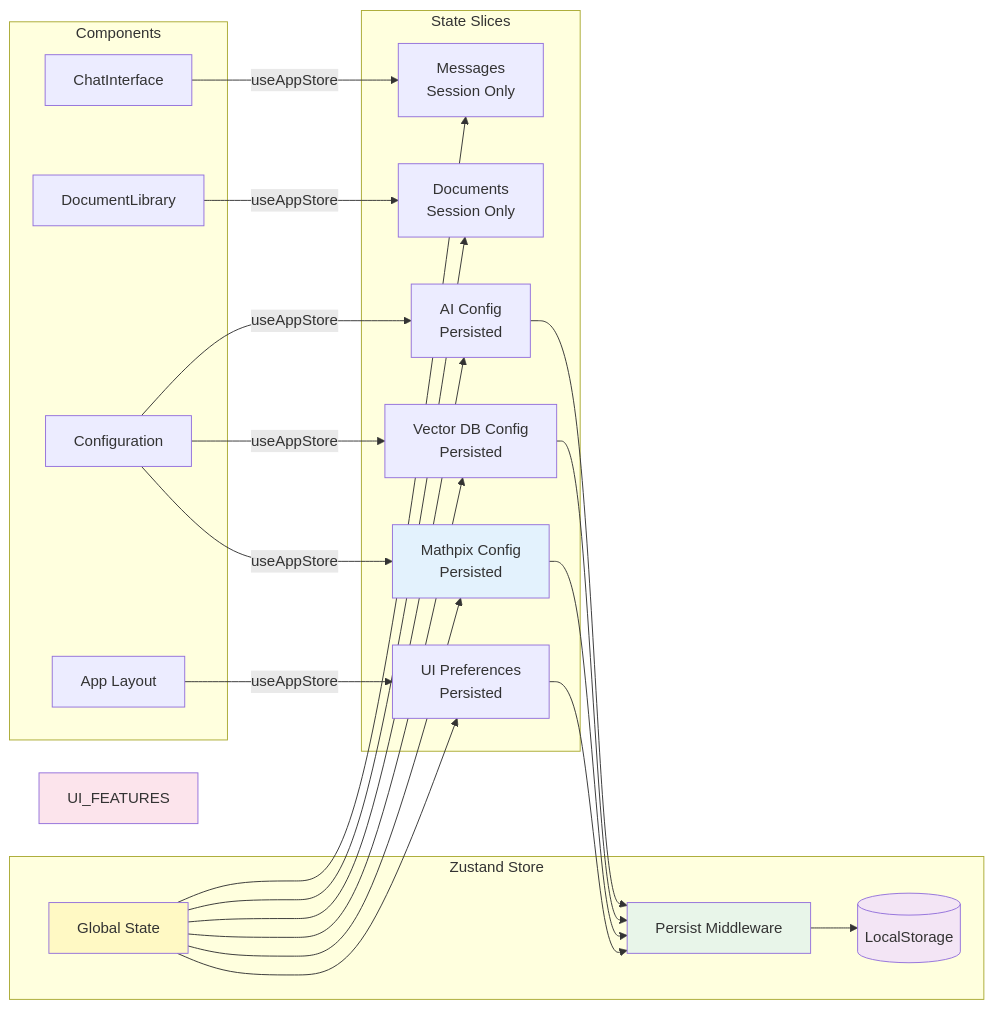
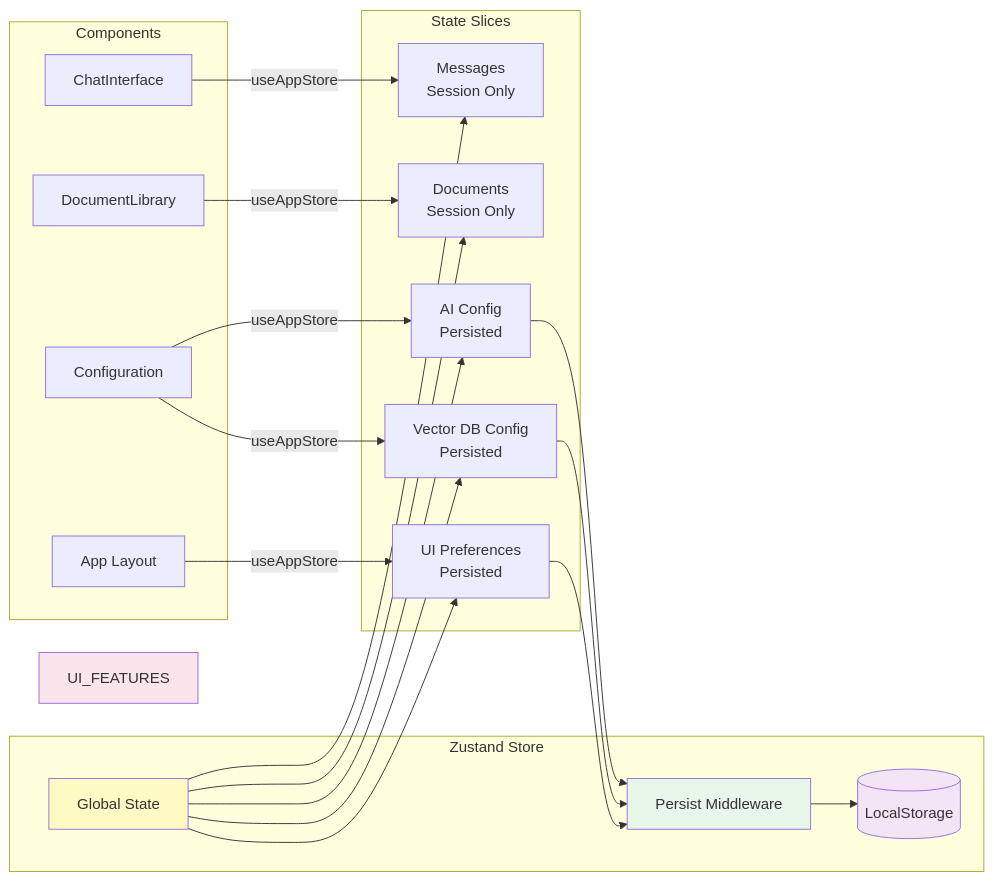
One commit to Kedhareswer/QuantumPDF_ChatApp_VectorDB changed diagram 11 of 14 in docs/ARCHITECTURE_FLOWS.md. Above: the diagram before and after it, drawn with Mermaid. The commit also changed other lines of this file and 26 other files, not shown here.

````diff
--- a/docs/ARCHITECTURE_FLOWS.md
+++ b/docs/ARCHITECTURE_FLOWS.md
@@ -597,50 +589,45 @@
 ```mermaid
 graph LR
     subgraph "Zustand Store"
         STATE[Global State]
         PERSIST[Persist Middleware]
         LOCAL[(LocalStorage)]
     end
 
     subgraph "State Slices"
         MSGS[Messages<br/>Session Only]
         DOCS[Documents<br/>Session Only]
         AI[AI Config<br/>Persisted]
         VDB[Vector DB Config<br/>Persisted]
-        MATHPIX[Mathpix Config<br/>Persisted]
         UI[UI Preferences<br/>Persisted]
     end
 
     subgraph "Components"
         CHAT[ChatInterface]
         LIB[DocumentLibrary]
         CFG[Configuration]
         APP[App Layout]
     end
 
     STATE --> MSGS
     STATE --> DOCS
     STATE --> AI
     STATE --> VDB
-    STATE --> MATHPIX
     STATE --> UI
 
     AI --> PERSIST
     VDB --> PERSIST
-    MATHPIX --> PERSIST
     UI --> PERSIST
     PERSIST --> LOCAL
 
     CHAT -->|useAppStore| MSGS
     LIB -->|useAppStore| DOCS
     CFG -->|useAppStore| AI
     CFG -->|useAppStore| VDB
-    CFG -->|useAppStore| MATHPIX
     APP -->|useAppStore| UI
 
     style STATE fill:#fff9c4
     style PERSIST fill:#e8f5e9
     style LOCAL fill:#f3e5f5
-    style MATHPIX fill:#e3f2fd
     style UI_FEATURES fill:#fce4ec
 ```
````
